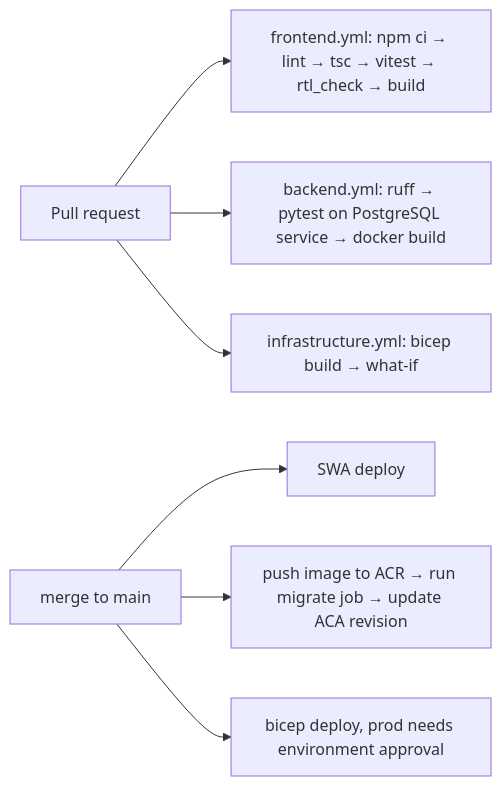
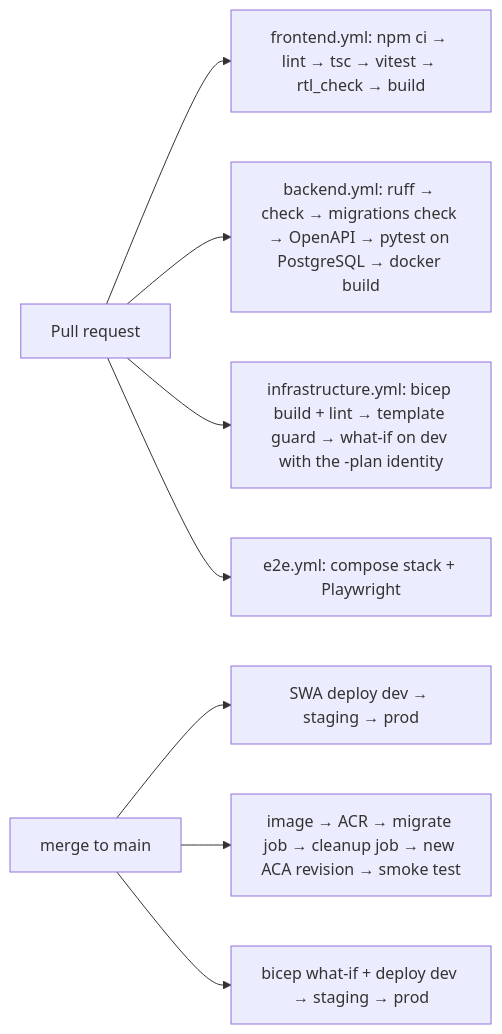
One commit to amr990719/Medical_App_Azure changed the eighth of 8 diagrams in docs/architecture.md. Above: the diagram before and after it, drawn with Mermaid. The commit also changed other lines of this file and 32 other files, not shown here.

````diff
--- a/docs/architecture.md
+++ b/docs/architecture.md
@@ -236,9 +241,10 @@
 ```mermaid
 flowchart LR
     PR[Pull request] --> CI1[frontend.yml: npm ci → lint → tsc → vitest → rtl_check → build]
-    PR --> CI2[backend.yml: ruff → pytest on PostgreSQL service → docker build]
-    PR --> CI3[infrastructure.yml: bicep build → what-if]
-    main[merge to main] --> D1[SWA deploy]
-    main --> D2[push image to ACR → run migrate job → update ACA revision]
-    main --> D3[bicep deploy, prod needs environment approval]
+    PR --> CI2[backend.yml: ruff → check → migrations check → OpenAPI → pytest on PostgreSQL → docker build]
+    PR --> CI3[infrastructure.yml: bicep build + lint → template guard → what-if on dev with the -plan identity]
+    PR --> CI4[e2e.yml: compose stack + Playwright]
+    main[merge to main] --> D1[SWA deploy dev → staging → prod]
+    main --> D2[image → ACR → migrate job → cleanup job → new ACA revision → smoke test]
+    main --> D3[bicep what-if + deploy dev → staging → prod]
 ```
````
